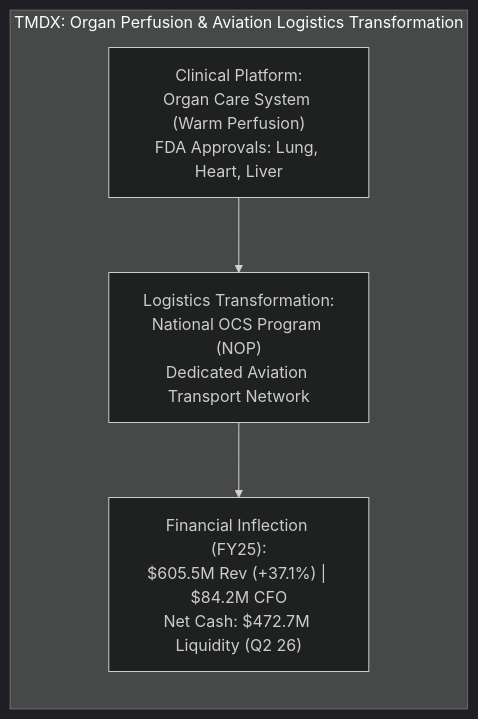
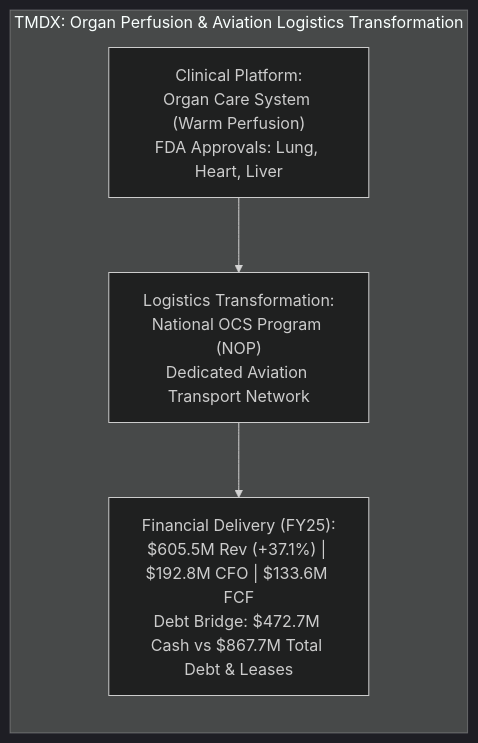
Before and after one commit to daakara/finance: the first of 2 diagrams in docs/research/discovery_cycle_2/DISCOVERY_OPPORTUNITY_RECORDS.md, drawn with Mermaid (dark theme). The commit also changed other lines of this file and 6 other files, not shown here.

````diff
--- a/docs/research/discovery_cycle_2/DISCOVERY_OPPORTUNITY_RECORDS.md
+++ b/docs/research/discovery_cycle_2/DISCOVERY_OPPORTUNITY_RECORDS.md
@@ -14,9 +14,9 @@
 ```mermaid
 flowchart LR
     subgraph TMDX_Model["TMDX: Organ Perfusion & Aviation Logistics Transformation"]
         OCS["Clinical Platform:<br/>Organ Care System (Warm Perfusion)<br/>FDA Approvals: Lung, Heart, Liver"]
         NOP["Logistics Transformation:<br/>National OCS Program (NOP)<br/>Dedicated Aviation Transport Network"]
-        Cash["Financial Inflection (FY25):<br/>$605.5M Rev (+37.1%) | $84.2M CFO<br/>Net Cash: $472.7M Liquidity (Q2 26)"]
+        Cash["Financial Delivery (FY25):<br/>$605.5M Rev (+37.1%) | $192.8M CFO | $133.6M FCF<br/>Debt Bridge: $472.7M Cash vs $867.7M Total Debt & Leases"]
     end
     OCS --> NOP --> Cash
 ```
````
